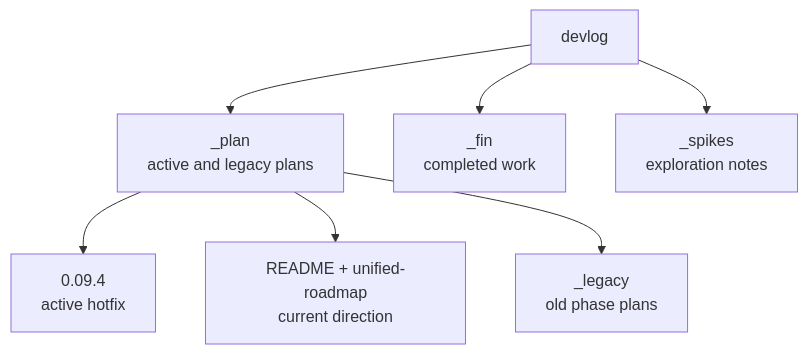
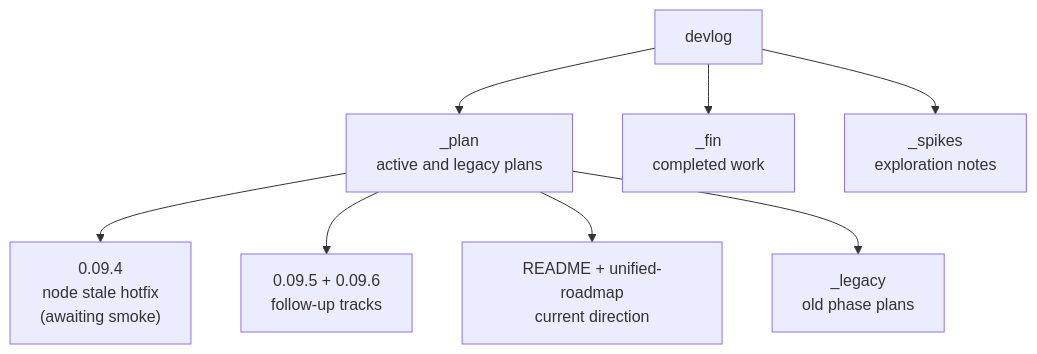
Before and after one commit to ChatPoongKun/ima2-gen: the diagram in structure/07-devlog-map.md, drawn with Mermaid. The commit also changed other lines of this file, not shown here.

````diff
--- a/structure/07-devlog-map.md
+++ b/structure/07-devlog-map.md
@@ -19,9 +19,10 @@
 ```mermaid
 graph TD
     DEV["devlog"] --> PLAN["_plan<br/>active and legacy plans"]
     DEV --> FIN["_fin<br/>completed work"]
     DEV --> SPIKES["_spikes<br/>exploration notes"]
-    PLAN --> ACTIVE["0.09.4<br/>active hotfix"]
+    PLAN --> ACTIVE["0.09.4<br/>node stale hotfix<br/>(awaiting smoke)"]
+    PLAN --> FOLLOW["0.09.5 + 0.09.6<br/>follow-up tracks"]
     PLAN --> ROAD["README + unified-roadmap<br/>current direction"]
     PLAN --> LEGACY["_legacy<br/>old phase plans"]
 ```
````
